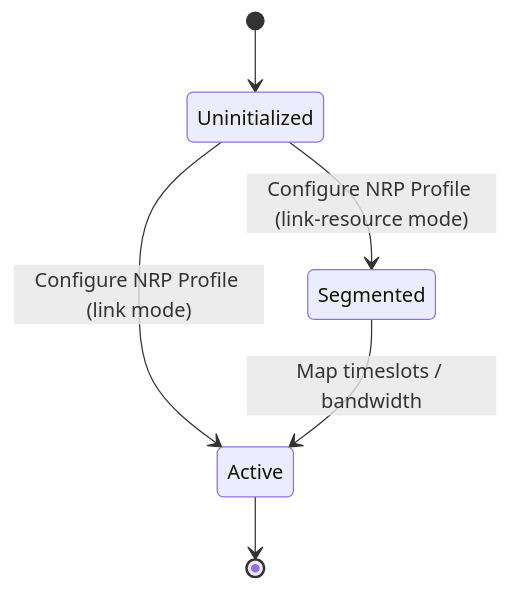
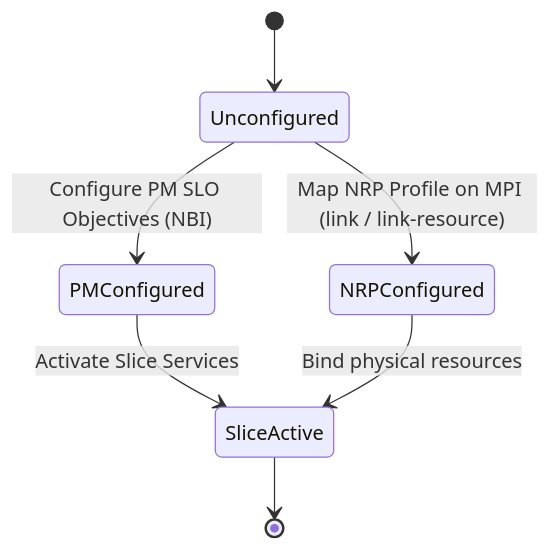
Before and after one commit to gintatkinson/cogctl-ux-09: the third of 3 diagrams in docs/epics/epic-14-otn-slice.md, drawn with Mermaid. The commit also changed other lines of this file and 4 other files, not shown here.

````diff
--- a/docs/epics/epic-14-otn-slice.md
+++ b/docs/epics/epic-14-otn-slice.md
@@ -48,8 +78,9 @@
 ```mermaid
 stateDiagram-v2
-    [*] --> Uninitialized
-    Uninitialized --> Active : Configure NRP Profile (link mode)
-    Uninitialized --> Segmented : Configure NRP Profile (link-resource mode)
-    Segmented --> Active : Map timeslots / bandwidth
-    Active --> [*]
+    [*] --> Unconfigured
+    Unconfigured --> PMConfigured : Configure PM SLO Objectives (NBI)
+    Unconfigured --> NRPConfigured : Map NRP Profile on MPI (link / link-resource)
+    PMConfigured --> SliceActive : Activate Slice Services
+    NRPConfigured --> SliceActive : Bind physical resources
+    SliceActive --> [*]
 ```
````
